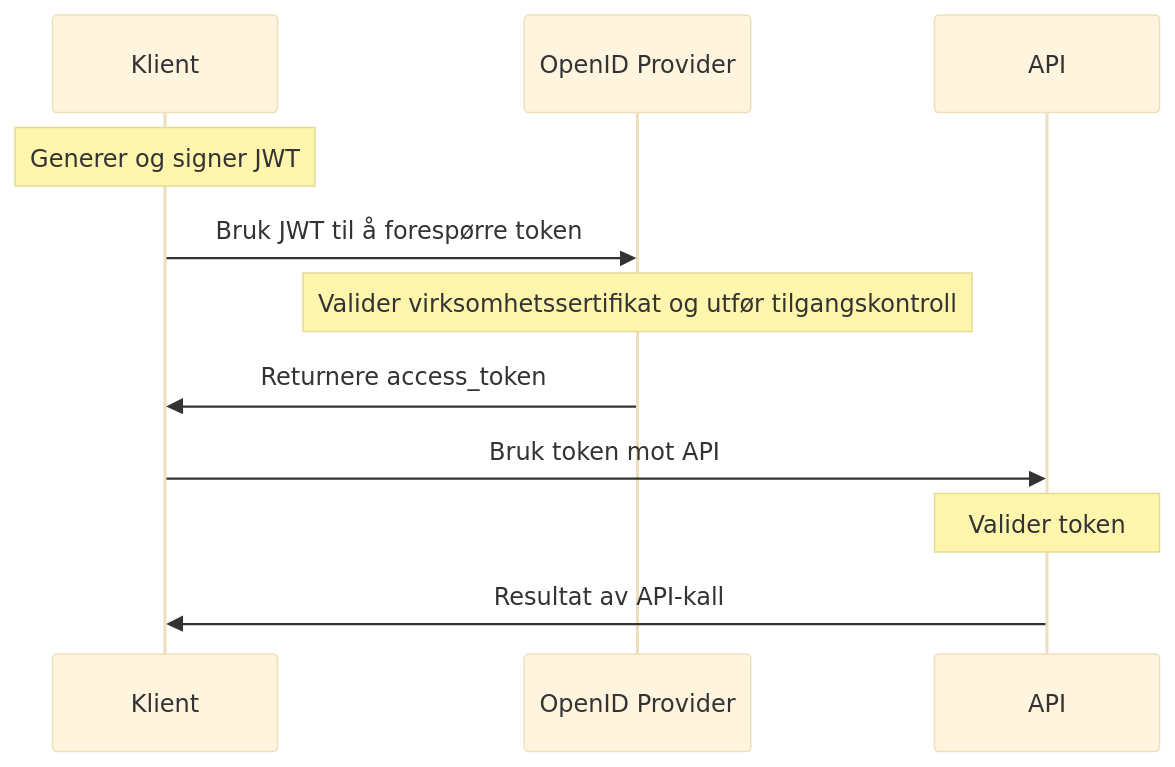
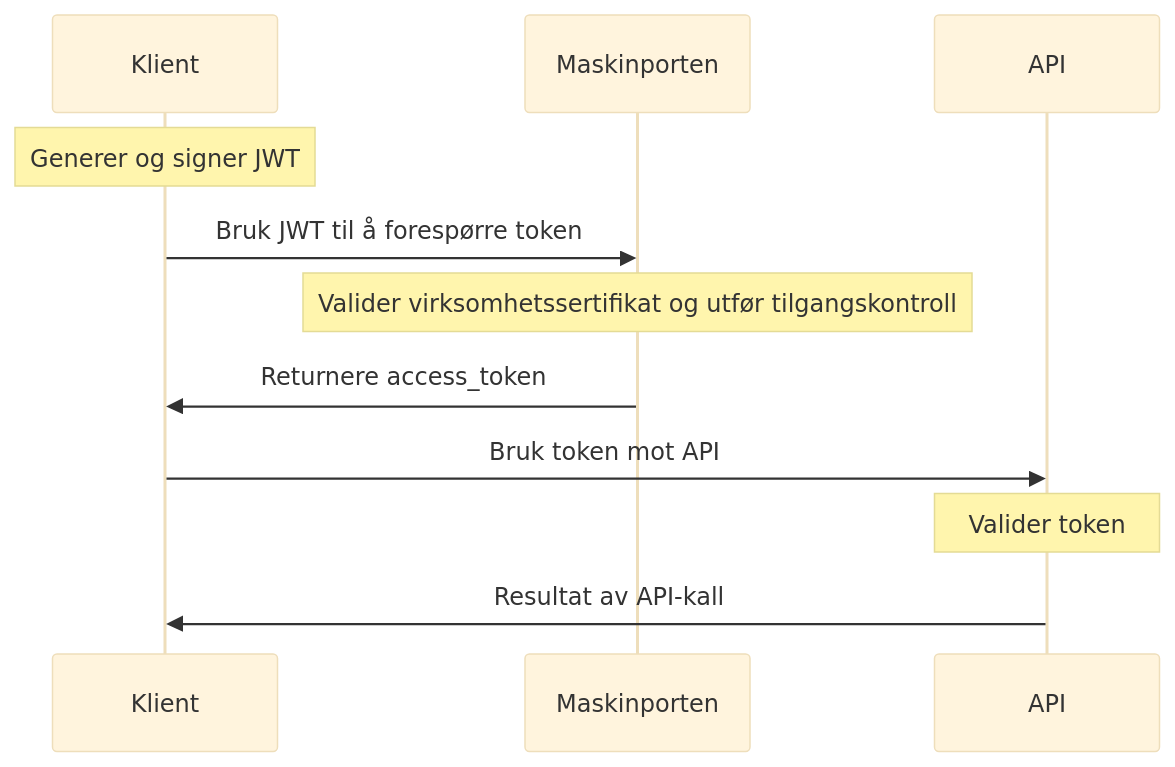
Before and after one commit to felleslosninger/docs: the diagram in _docs/Maskinporten/maskinporten_guide_apikonsument.md, drawn with Mermaid (base theme). The commit also changed other lines of this file, not shown here.

```diff
--- a/_docs/Maskinporten/maskinporten_guide_apikonsument.md
+++ b/_docs/Maskinporten/maskinporten_guide_apikonsument.md
@@ -131,11 +89,11 @@
 <div class="mermaid">
 sequenceDiagram
   note over Klient:  Generer og signer JWT
-  Klient ->> OpenID Provider: Bruk JWT til å forespørre token
-  note over OpenID Provider: Valider virksomhetssertifikat og utfør tilgangskontroll
-  OpenID Provider ->> Klient: Returnere access_token
+  Klient ->> Maskinporten: Bruk JWT til å forespørre token
+  note over Maskinporten: Valider virksomhetssertifikat og utfør tilgangskontroll
+  Maskinporten ->> Klient: Returnere access_token
   Klient ->> API: Bruk token mot API
   note over API: Valider token
   API ->> Klient: Resultat av API-kall
 
 </div>
```
